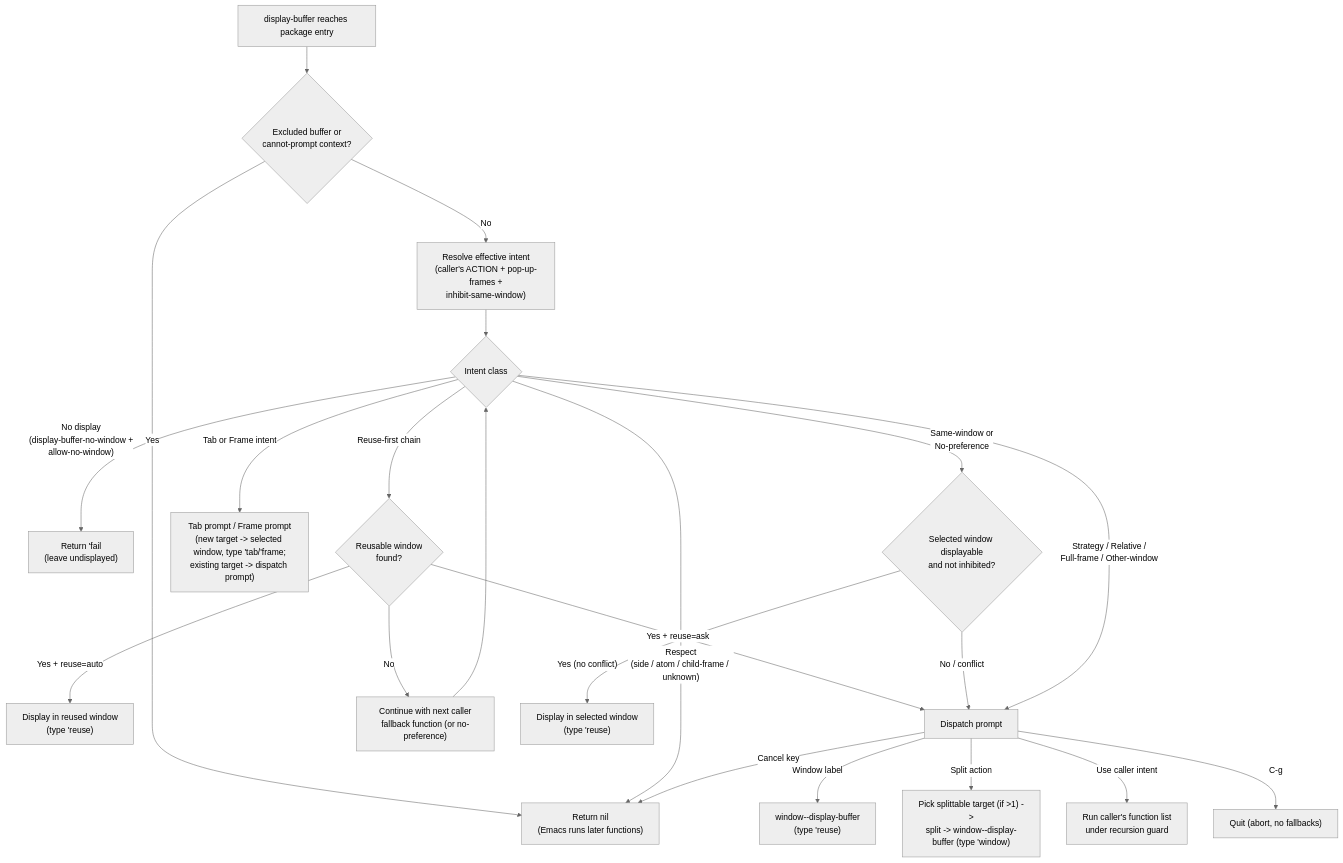
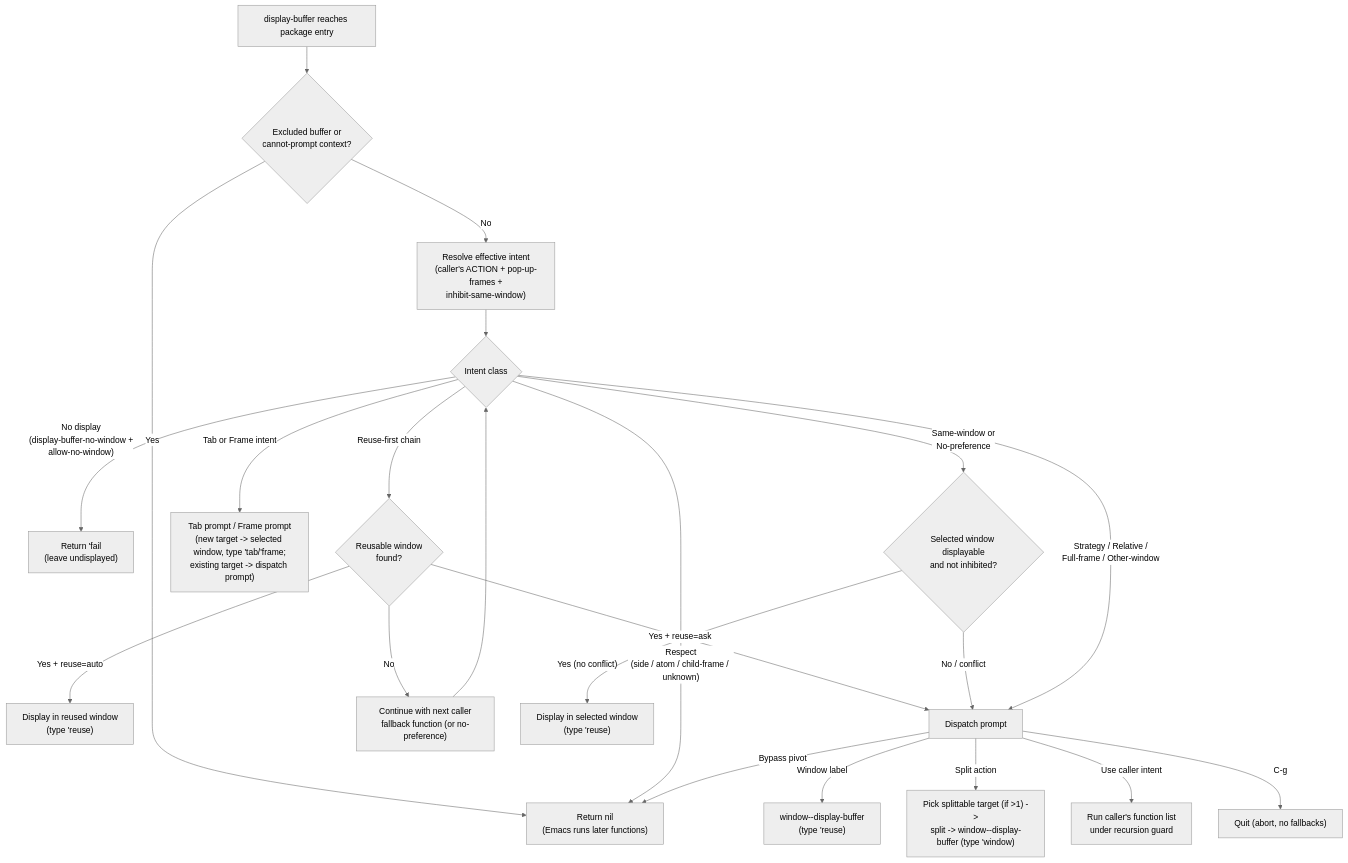
Before and after one commit to IceAsteroid/disbuf-pivot: the diagram in docs/DESIGN_RULESET.md, drawn with Mermaid (neutral theme). The commit also changed other lines of this file and 3 other files, not shown here.

First line of the commit message:
docs: finalize dispatch prompt UI defaults, bypass key, and menu sizing

````diff
--- a/docs/DESIGN_RULESET.md
+++ b/docs/DESIGN_RULESET.md
@@ -126,24 +126,24 @@
 ```mermaid
 flowchart TD
     A["display-buffer reaches package entry"] --> B{"Excluded buffer or\ncannot-prompt context?"}
     B -- "Yes" --> Z1["Return nil\n(Emacs runs later functions)"]
     B -- "No" --> C["Resolve effective intent\n(caller's ACTION + pop-up-frames +\ninhibit-same-window)"]
     C --> D{"Intent class"}
     D -- "Respect\n(side / atom / child-frame / unknown)" --> Z1
     D -- "No display\n(display-buffer-no-window +\nallow-no-window)" --> Z2["Return 'fail\n(leave undisplayed)"]
     D -- "Reuse-first chain" --> E{"Reusable window\nfound?"}
     E -- "Yes + reuse=auto" --> Z3["Display in reused window\n(type 'reuse)"]
     E -- "Yes + reuse=ask" --> P["Dispatch prompt\n(default = preferred reuse window)"]
     E -- "No" --> F["Continue with next caller\nfallback function (or no-preference)"]
     F --> D
     D -- "Tab or Frame intent" --> TF["Tab prompt / Frame prompt\n(new target -> selected window, type 'tab/'frame;\nexisting target -> dispatch prompt)"]
     D -- "Same-window or\nNo-preference" --> G{"Selected window displayable\nand not inhibited?"}
     G -- "Yes (no conflict)" --> Z4["Display in selected window\n(type 'reuse)"]
     G -- "No / conflict" --> P
     D -- "Strategy / Relative /\nFull-frame / Other-window" --> P["Dispatch prompt"]
     P -- "Window label" --> W1["window--display-buffer\n(type 'reuse)"]
     P -- "Split action" --> W2["Pick splittable target (if >1) ->\nsplit -> window--display-buffer (type 'window)"]
     P -- "Use caller intent" --> W3["Run caller's function list\nunder recursion guard"]
-    P -- "Cancel key" --> Z1
+    P -- "Bypass pivot" --> Z1
     P -- "C-g" --> Z5["Quit (abort, no fallbacks)"]
 ```
````
